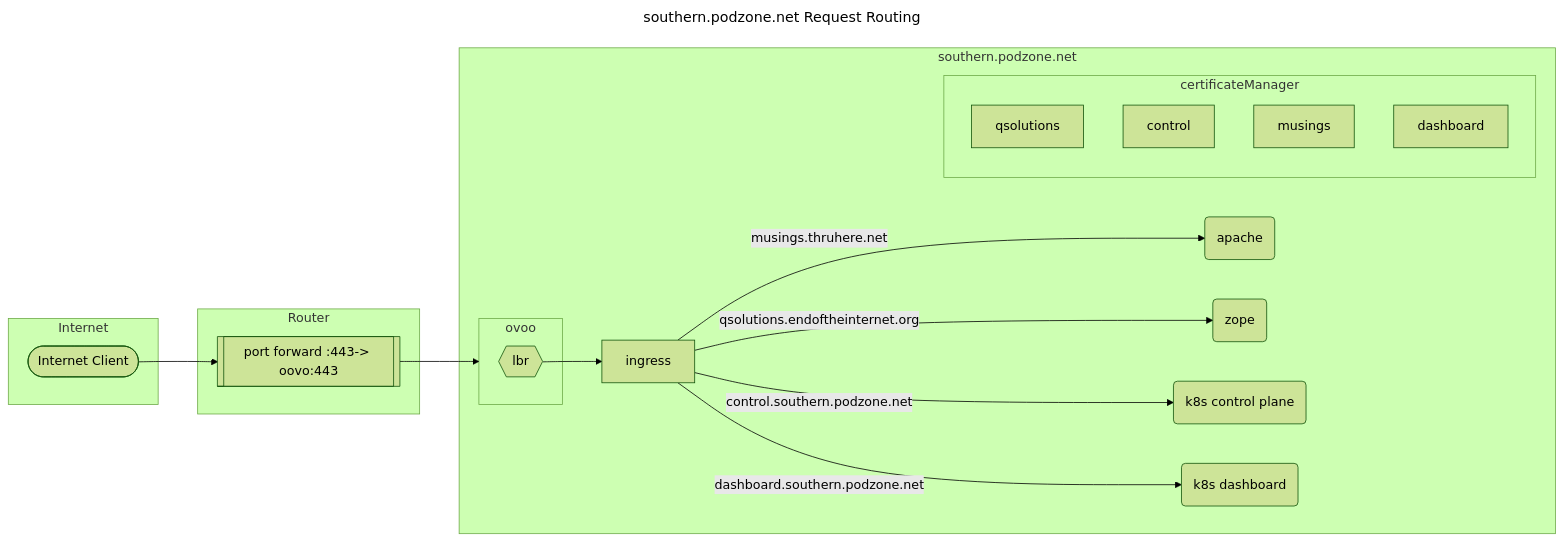
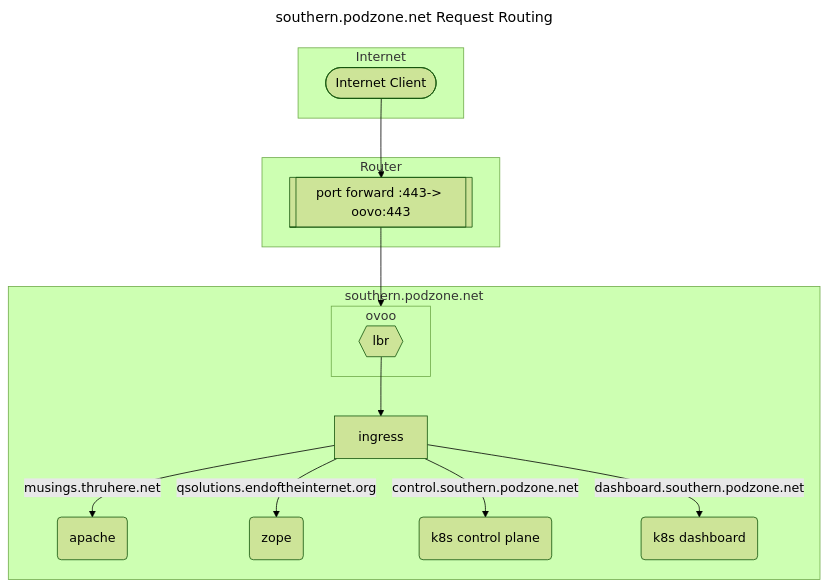
Before and after one commit to MoTTTT/podzone: the diagram in docs/ingress.md, drawn with Mermaid (forest theme). The commit also changed 11 other files, not shown here.

````diff
--- a/docs/ingress.md
+++ b/docs/ingress.md
@@ -3,39 +3,34 @@
 ```mermaid
 ---
 title: southern.podzone.net Request Routing
 ---
-graph LR
+graph TD
 
 clientExt1 --> routerPort1
 routerPort1 --> ovoo
 lbr --> ingress
 
 ingress -->|musings.thruhere.net| app1
 ingress -->|qsolutions.endoftheinternet.org| app4
 ingress -->|control.southern.podzone.net| app2
 ingress -->|dashboard.southern.podzone.net| app3
 
   subgraph Internet
     clientExt1([Internet Client])
   end
   subgraph Router
     routerPort1[[port forward :443-> oovo:443]]
   end
   subgraph southern.podzone.net
-    subgraph certificateManager
-      qsolutions
-      control
-      musings
-      dashboard
-    end
+ 
     subgraph ovoo
       lbr{{lbr}}
     end
     ingress
     app1(apache)
     app4(zope)
     app2(k8s control plane)
     app3(k8s dashboard)
 
   end
 ```
````
